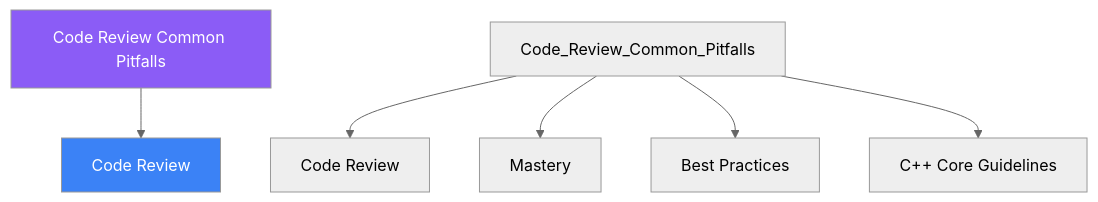
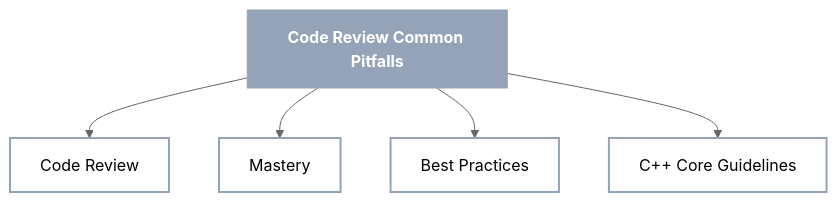
The diagram in mkdocs-site/docs/days/day-28/02-definition.md (AI-Maddy/Learn-Modern-CPP-OOP-30-Days), drawn with Mermaid (neutral theme) before and after one commit. The commit also changed 99 other files, not shown here.

````diff
--- a/mkdocs-site/docs/days/day-28/02-definition.md
+++ b/mkdocs-site/docs/days/day-28/02-definition.md
@@ -59,10 +59,12 @@
 ```mermaid
 graph TD
-    ROOT["Code Review Common Pitfalls"] --> A["Code Review"]
-    Code_Review_Common_Pitfalls --> Code_Review["Code Review"]
-    Code_Review_Common_Pitfalls --> Mastery["Mastery"]
-    Code_Review_Common_Pitfalls --> Best_Practices["Best Practices"]
-    Code_Review_Common_Pitfalls --> C++_Core_Guidelines["C++ Core Guidelines"]
-    style ROOT fill:#8b5cf6,color:#fff
-    style A    fill:#3b82f6,color:#fff
+    ROOT["Code Review Common Pitfalls"]
+    ROOT --> n0["Code Review"]
+    ROOT --> n1["Mastery"]
+    ROOT --> n2["Best Practices"]
+    ROOT --> n3["C++ Core Guidelines"]
+    classDef topic fill:#94a3b8,stroke:#94a3b8,color:#ffffff,font-weight:bold
+    classDef concept fill:transparent,stroke:#94a3b8,stroke-width:2px
+    class ROOT topic
+    class n0,n1,n2,n3 concept
 ```
````
